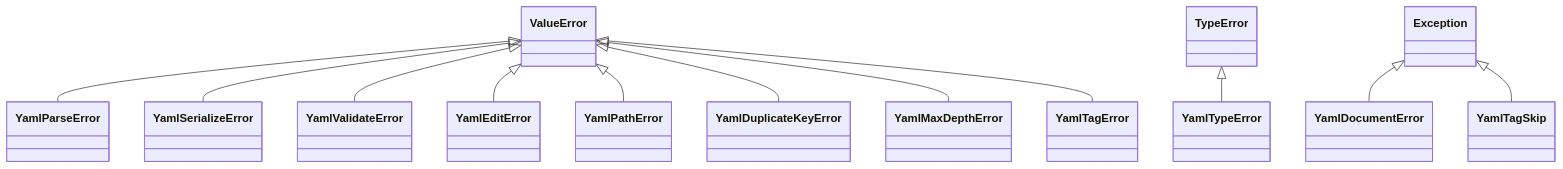
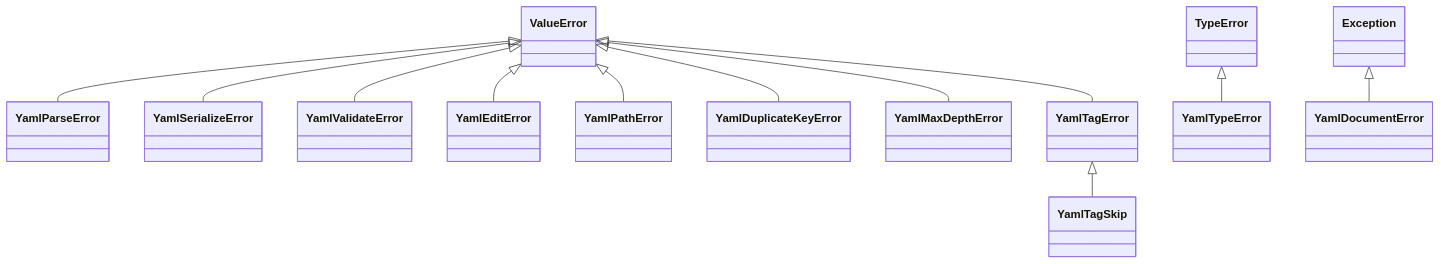
The diagram in docs/en/api/exceptions.md (759401524/pyrs-yaml), drawn with Mermaid before and after one commit. The commit also changed other lines of this file and 7 other files, not shown here.

Commit message:
docs(api): YamlTagSkip descends from YamlTagError, not Exception

````diff
--- a/docs/en/api/exceptions.md
+++ b/docs/en/api/exceptions.md
@@ -13,14 +13,14 @@
 ```mermaid title="Exception hierarchy"
 classDiagram
     ValueError <|-- YamlParseError
     ValueError <|-- YamlSerializeError
     ValueError <|-- YamlValidateError
     ValueError <|-- YamlEditError
     ValueError <|-- YamlPathError
     ValueError <|-- YamlDuplicateKeyError
     ValueError <|-- YamlMaxDepthError
     ValueError <|-- YamlTagError
     TypeError <|-- YamlTypeError
     Exception <|-- YamlDocumentError
-    Exception <|-- YamlTagSkip
+    YamlTagError <|-- YamlTagSkip
 ```
````
